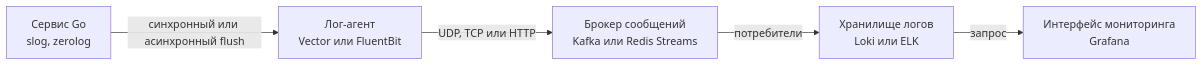
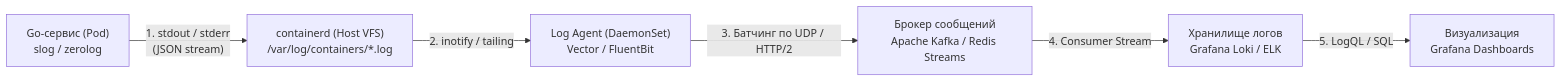
One commit to UnrealTemplier/go-textbook changed the diagram in sources/14. Распределенные системы на Go/08. Практика/5. Логирование в распределенных системах.md. Above: the diagram before and after it, drawn with Mermaid. The commit also changed other lines of this file, not shown here.

````diff
--- a/sources/14. Распределенные системы на Go/08. Практика/5. Логирование в распределенных системах.md
+++ b/sources/14. Распределенные системы на Go/08. Практика/5. Логирование в распределенных системах.md
@@ -59,8 +130,8 @@
 ```mermaid
 flowchart LR
-    A["Сервис Go<br>slog, zerolog"] -->|"синхронный или асинхронный flush"| B["Лог-агент<br>Vector или FluentBit"]
-    B -->|"UDP, TCP или HTTP"| C["Брокер сообщений<br>Kafka или Redis Streams"]
-    C -->|"потребители"| D["Хранилище логов<br>Loki или ELK"]
-    D -->|"запрос"| E["Интерфейс мониторинга<br>Grafana"]
-
+    GoApp["Go-сервис (Pod)\nslog / zerolog"] -->|"1. stdout / stderr\n(JSON stream)"| CRI["containerd (Host VFS)\n/var/log/containers/*.log"]
+    CRI -->|"2. inotify / tailing"| Agent["Log Agent (DaemonSet)\nVector / FluentBit"]
+    Agent -->|"3. Батчинг по UDP / HTTP/2"| Broker["Брокер сообщений\nApache Kafka / Redis Streams"]
+    Broker -->|"4. Consumer Stream"| Storage["Хранилище логов\nGrafana Loki / ELK"]
+    Storage -->|"5. LogQL / SQL"| UI["Визуализация\nGrafana Dashboards"]
 ```
````
